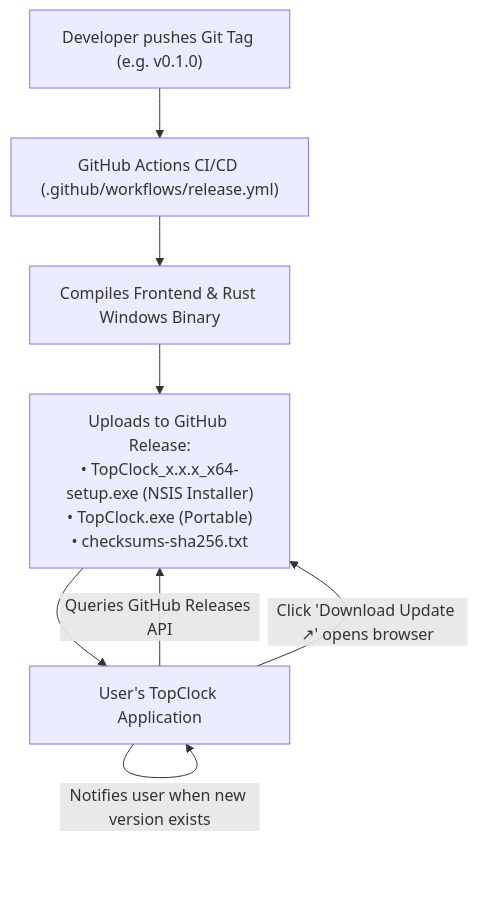
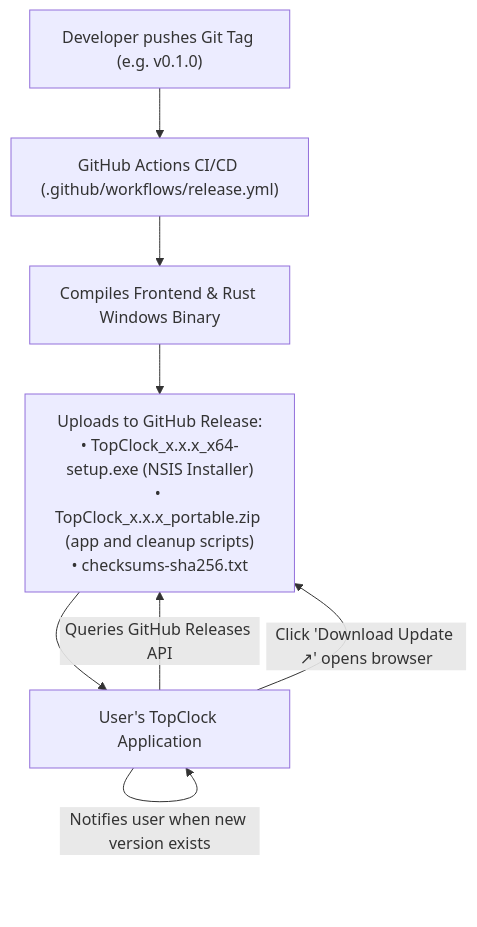
The diagram in doc/feature/UPDATE_SYSTEM.md (tbkmax/TopClock), drawn with Mermaid before and after one commit. The commit also changed other lines of this file and 9 other files, not shown here.

````diff
--- a/doc/feature/UPDATE_SYSTEM.md
+++ b/doc/feature/UPDATE_SYSTEM.md
@@ -11,10 +11,10 @@
 ```mermaid
 flowchart TD
     A["Developer pushes Git Tag (e.g. v0.1.0)"] --> B["GitHub Actions CI/CD (.github/workflows/release.yml)"]
     B --> C["Compiles Frontend & Rust Windows Binary"]
-    C --> D["Uploads to GitHub Release:\n• TopClock_x.x.x_x64-setup.exe (NSIS Installer)\n• TopClock.exe (Portable)\n• checksums-sha256.txt"]
+    C --> D["Uploads to GitHub Release:\n• TopClock_x.x.x_x64-setup.exe (NSIS Installer)\n• TopClock_x.x.x_portable.zip (app and cleanup scripts)\n• checksums-sha256.txt"]
     D --> E["User's TopClock Application"]
     E -->|Queries GitHub Releases API| D
     E -->|Notifies user when new version exists| E
     E -->|Click 'Download Update ↗' opens browser| D
 ```
````
